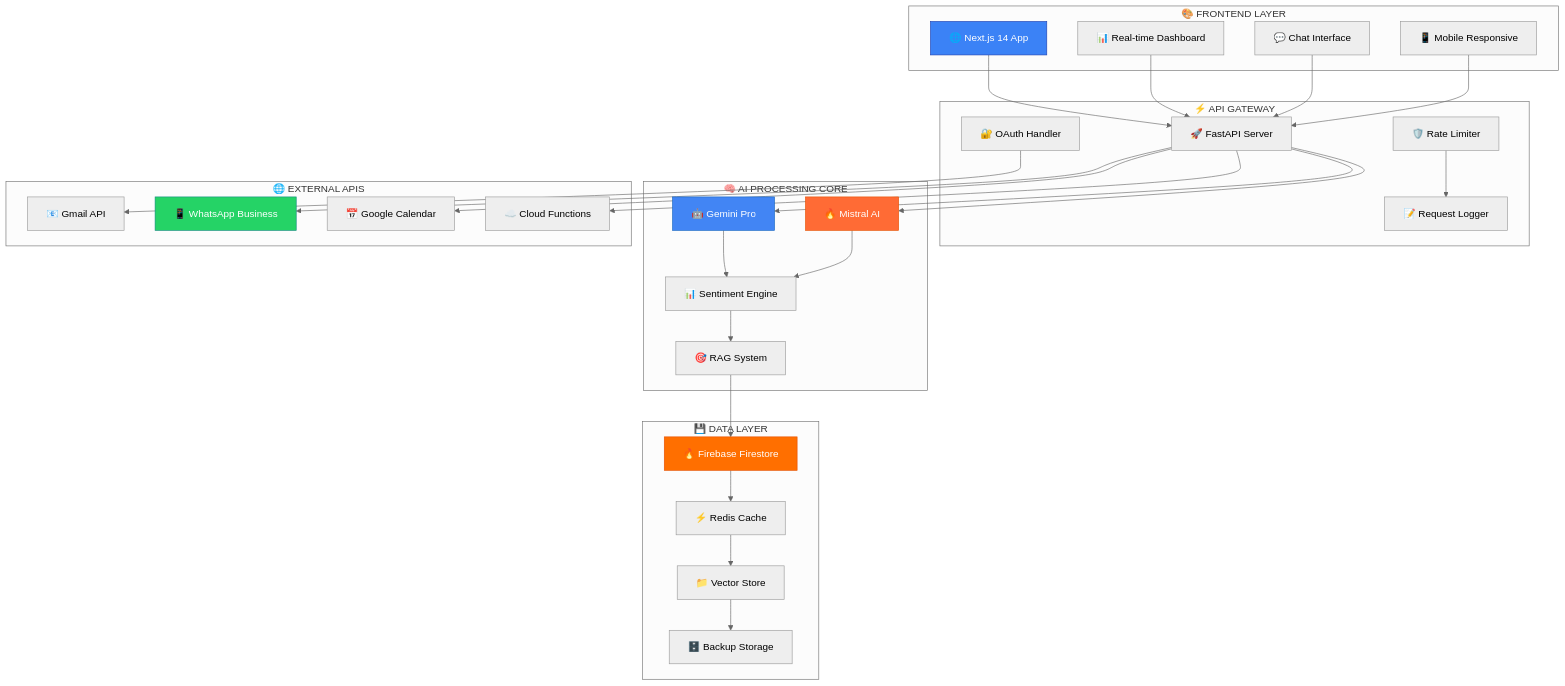
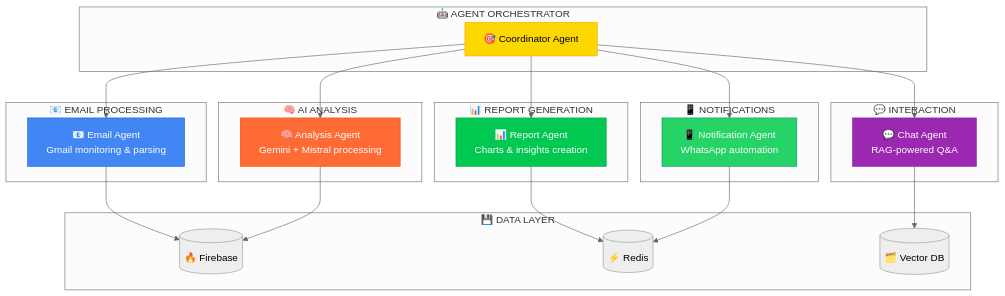
Before and after one commit to auraCodesKM/kavin: the first of 2 diagrams in README.md, drawn with Mermaid (neutral theme). The commit also changed other lines of this file, not shown here.

````diff
--- a/README.md
+++ b/README.md
@@ -202,66 +51,51 @@
 ```mermaid
 graph TB
-    subgraph "🎨 FRONTEND LAYER"
-        A[🌐 Next.js 14 App]
-        B[📊 Real-time Dashboard]
-        C[💬 Chat Interface]
-        D[📱 Mobile Responsive]
+    subgraph "🤖 AGENT ORCHESTRATOR"
+        COORD[🎯 Coordinator Agent]
     end
     
-    subgraph "⚡ API GATEWAY"
-        E[🚀 FastAPI Server]
-        F[🔐 OAuth Handler]
-        G[🛡️ Rate Limiter]
-        H[📝 Request Logger]
+    subgraph "📧 EMAIL PROCESSING"
+        EMAIL[📧 Email Agent<br/>Gmail monitoring & parsing]
     end
     
-    subgraph "🧠 AI PROCESSING CORE"
-        I[🤖 Gemini Pro]
-        J[🔥 Mistral AI]
-        K[📊 Sentiment Engine]
-        L[🎯 RAG System]
+    subgraph "🧠 AI ANALYSIS"
+        ANALYSIS[🧠 Analysis Agent<br/>Gemini + Mistral processing]
+    end
+    
+    subgraph "📊 REPORT GENERATION"
+        REPORT[📊 Report Agent<br/>Charts & insights creation]
+    end
+    
+    subgraph "📱 NOTIFICATIONS"
+        NOTIFY[📱 Notification Agent<br/>WhatsApp automation]
+    end
+    
+    subgraph "💬 INTERACTION"
+        CHAT[💬 Chat Agent<br/>RAG-powered Q&A]
     end
     
     subgraph "💾 DATA LAYER"
-        M[🔥 Firebase Firestore]
-        N[⚡ Redis Cache]
-        O[📁 Vector Store]
-        P[🗄️ Backup Storage]
+        DB[(🔥 Firebase)]
+        CACHE[(⚡ Redis)]
+        VECTOR[(🗂️ Vector DB)]
     end
     
-    subgraph "🌐 EXTERNAL APIS"
-        Q[📧 Gmail API]
-        R[📱 WhatsApp Business]
-        S[📅 Google Calendar]
-        T[☁️ Cloud Functions]
-    end
+    COORD --> EMAIL
+    COORD --> ANALYSIS
+    COORD --> REPORT
+    COORD --> NOTIFY
+    COORD --> CHAT
     
-    A --> E
-    B --> E
-    C --> E
-    D --> E
+    EMAIL --> DB
+    ANALYSIS --> DB
+    REPORT --> CACHE
+    NOTIFY --> CACHE
+    CHAT --> VECTOR
     
-    E --> I
-    E --> J
-    F --> Q
-    G --> H
-    
-    I --> K
-    J --> K
-    K --> L
-    L --> M
-    
-    M --> N
-    N --> O
-    O --> P
-    
-    E --> R
-    E --> S
-    E --> T
-    
-    style A fill:#3B82F6,stroke:#1E40AF,color:#fff
-    style I fill:#4285F4,stroke:#1565C0,color:#fff
-    style J fill:#FF6B35,stroke:#E65100,color:#fff
-    style M fill:#FF6F00,stroke:#E65100,color:#fff
-    style R fill:#25D366,stroke:#128C7E,color:#fff
+    style COORD fill:#FFD700,stroke:#FFA500,color:#000
+    style EMAIL fill:#4285F4,stroke:#1565C0,color:#fff
+    style ANALYSIS fill:#FF6B35,stroke:#E65100,color:#fff
+    style REPORT fill:#00C851,stroke:#00A040,color:#fff
+    style NOTIFY fill:#25D366,stroke:#128C7E,color:#fff
+    style CHAT fill:#9C27B0,stroke:#7B1FA2,color:#fff
 ```
````
